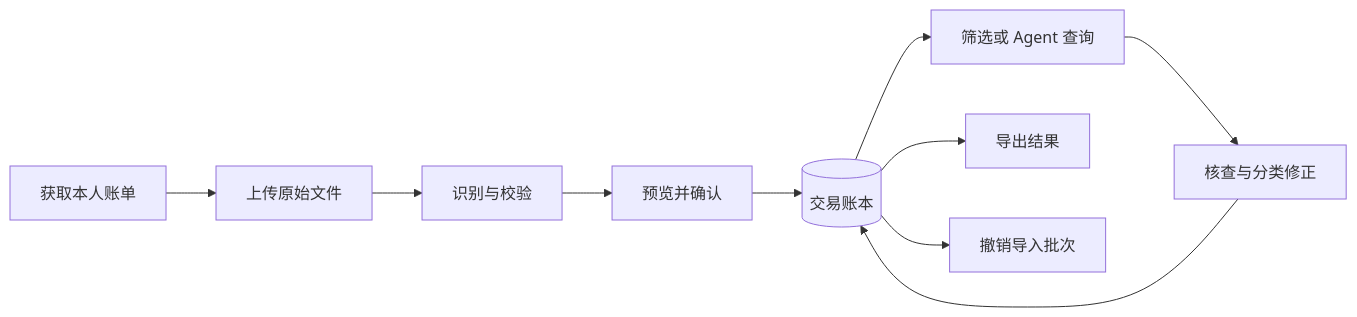
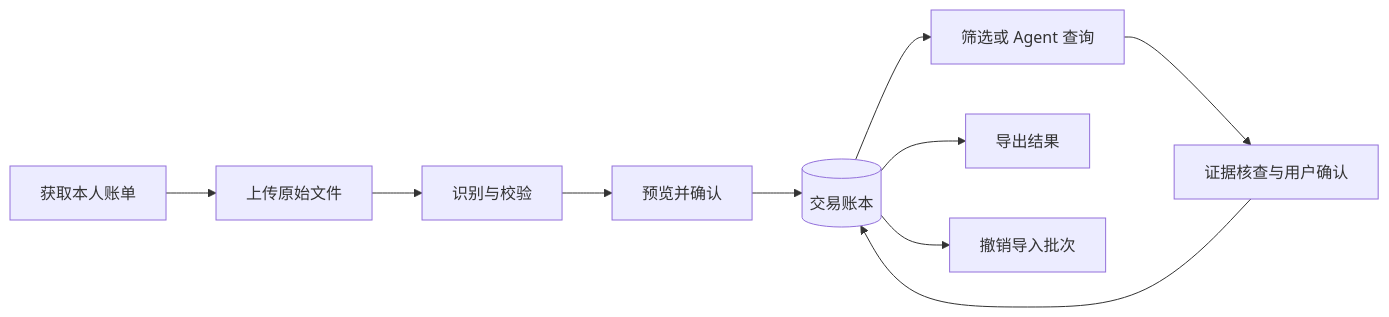
One commit to Masterora/bankpilot-agent changed the first of 2 diagrams in README.md. Above: the diagram before and after it, drawn with Mermaid. The commit also changed other lines of this file and 37 other files, not shown here.

````diff
--- a/README.md
+++ b/README.md
@@ -9,12 +9,12 @@
 ```mermaid
 flowchart LR
     S[获取本人账单] --> U[上传原始文件]
     U --> P[识别与校验]
     P --> V[预览并确认]
     V --> L[(交易账本)]
     L --> Q[筛选或 Agent 查询]
-    Q --> C[核查与分类修正]
+    Q --> C[证据核查与用户确认]
     C --> L
     L --> E[导出结果]
     L --> R[撤销导入批次]
 ```
````
